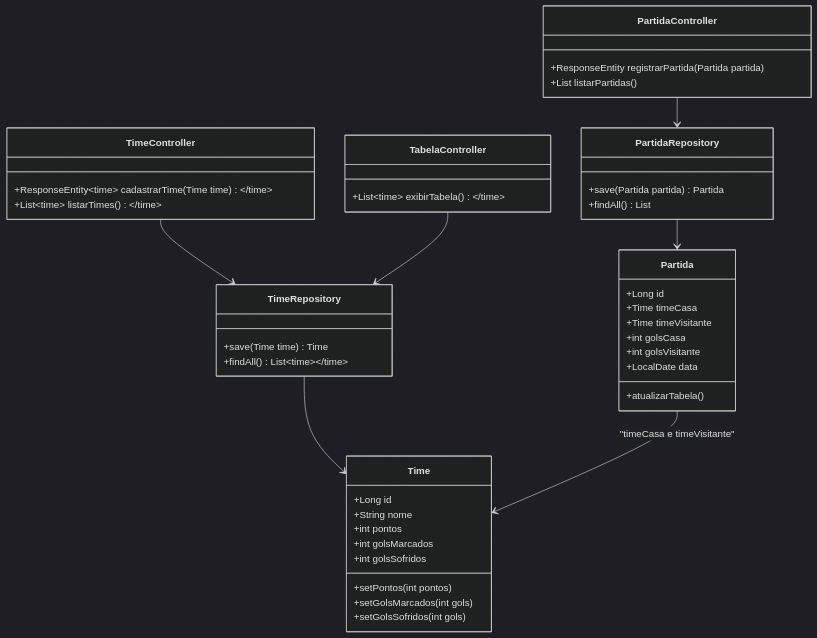
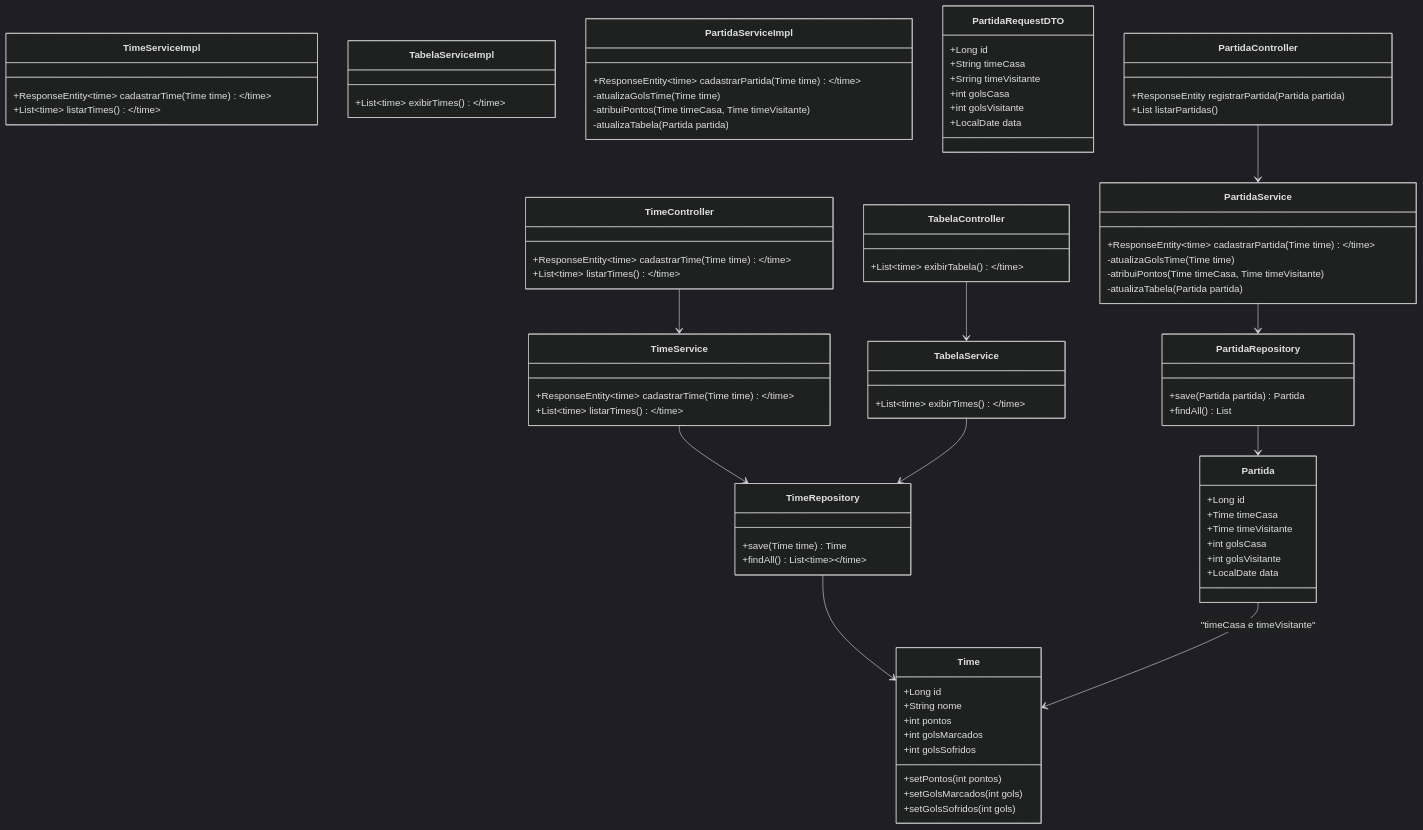
One commit to Thiago279/dio-java-spring changed the diagram in TabelaBrasileirao/README.md. Above: the diagram before and after it, drawn with Mermaid (dark theme).

````diff
--- a/TabelaBrasileirao/README.md
+++ b/TabelaBrasileirao/README.md
@@ -33,7 +33,6 @@
         +int golsCasa
         +int golsVisitante
         +LocalDate data
-        +atualizarTabela()
     }
     
     class TimeRepository {
@@ -44,6 +43,45 @@
     class PartidaRepository {
         +save(Partida partida) Partida
         +findAll() List<Partida>
+    }
+
+    class TimeService {
+        +ResponseEntity<Time> cadastrarTime(Time time)
+        +List<Time> listarTimes()
+    }
+    class TabelaService {
+        +List<Time> exibirTimes()
+    }
+
+    class PartidaService {
+        +ResponseEntity<Time> cadastrarPartida(Time time)
+        -atualizaGolsTime(Time time)
+        -atribuiPontos(Time timeCasa, Time timeVisitante)
+        -atualizaTabela(Partida partida)
+    }
+
+    class TimeServiceImpl {
+        +ResponseEntity<Time> cadastrarTime(Time time)
+        +List<Time> listarTimes()
+    }
+    class TabelaServiceImpl {
+        +List<Time> exibirTimes()
+    }
+
+    class PartidaServiceImpl {
+        +ResponseEntity<Time> cadastrarPartida(Time time)
+        -atualizaGolsTime(Time time)
+        -atribuiPontos(Time timeCasa, Time timeVisitante)
+        -atualizaTabela(Partida partida)
+    }
+
+    class PartidaRequestDTO{
+        +Long id
+        +String timeCasa
+        +Srring timeVisitante
+        +int golsCasa
+        +int golsVisitante
+        +LocalDate data
     }
 
     class TimeController {
@@ -62,8 +100,11 @@
 
     TimeRepository --> Time
     PartidaRepository --> Partida
-    TimeController --> TimeRepository
-    PartidaController --> PartidaRepository
-    TabelaController --> TimeRepository
+    TimeController --> TimeService
+    TimeService --> TimeRepository
+    PartidaController --> PartidaService
+    PartidaService --> PartidaRepository
+    TabelaController --> TabelaService
+    TabelaService --> TimeRepository
     Partida --> Time : "timeCasa e timeVisitante"
 ```
````
